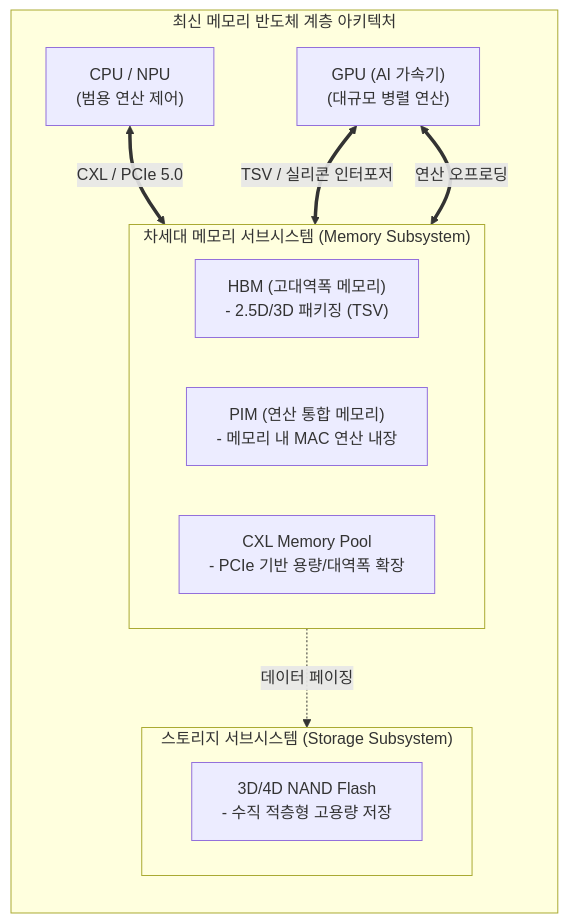
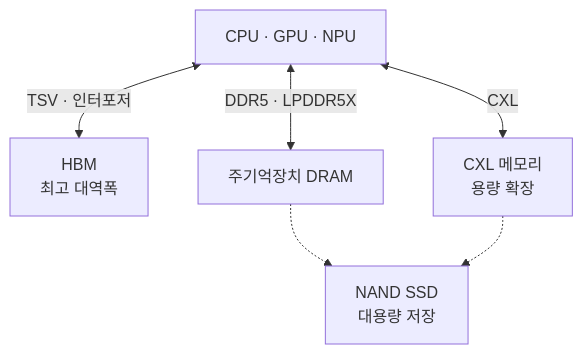
The diagram in content/01_IT Tech/메모리 반도체.md (supremethumb/supremethumb.github.io), drawn with Mermaid before and after one commit. The commit also changed other lines of this file and 1087 other files, not shown here.

````diff
--- a/content/01_IT Tech/메모리 반도체.md
+++ b/content/01_IT Tech/메모리 반도체.md
@@ -28,25 +34,8 @@
 ```mermaid
 flowchart TB
-    subgraph AI_Computing_Architecture["최신 메모리 반도체 계층 아키텍처"]
-        direction TB
-        CPU["CPU / NPU<br/>(범용 연산 제어)"]
-        GPU["GPU (AI 가속기)<br/>(대규모 병렬 연산)"]
-        
-        subgraph Memory_Layer["차세대 메모리 서브시스템 (Memory Subsystem)"]
-            direction LR
-            HBM["HBM (고대역폭 메모리)<br/>- 2.5D/3D 패키징 (TSV)"]
-            PIM["PIM (연산 통합 메모리)<br/>- 메모리 내 MAC 연산 내장"]
-            CXL_MEM["CXL Memory Pool<br/>- PCIe 기반 용량/대역폭 확장"]
-        end
-        
-        subgraph Storage_Layer["스토리지 서브시스템 (Storage Subsystem)"]
-            NAND["3D/4D NAND Flash<br/>- 수직 적층형 고용량 저장"]
-        end
-    end
-    
-    CPU <== "CXL / PCIe 5.0" ==> CXL_MEM
-    GPU <== "TSV / 실리콘 인터포저" ==> HBM
-    GPU <== "연산 오프로딩" ==> PIM
-    CXL_MEM -. "데이터 페이징" .-> Storage_Layer
-
+    XPU["CPU · GPU · NPU"] <-- "TSV · 인터포저" --> HBM["HBM<br/>최고 대역폭"]
+    XPU <-- "DDR5 · LPDDR5X" --> DRAM["주기억장치 DRAM"]
+    XPU <-- "CXL" --> CXLM["CXL 메모리<br/>용량 확장"]
+    DRAM -.-> SSD["NAND SSD<br/>대용량 저장"]
+    CXLM -.-> SSD
 ```
````
